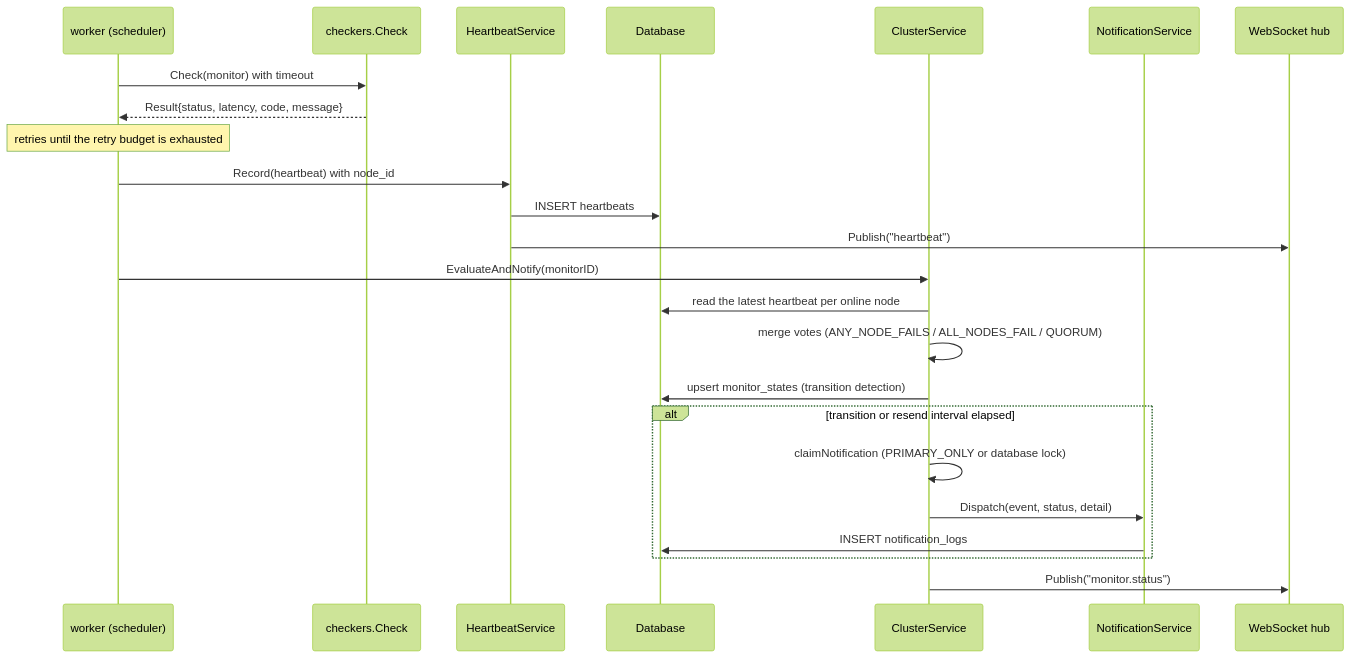
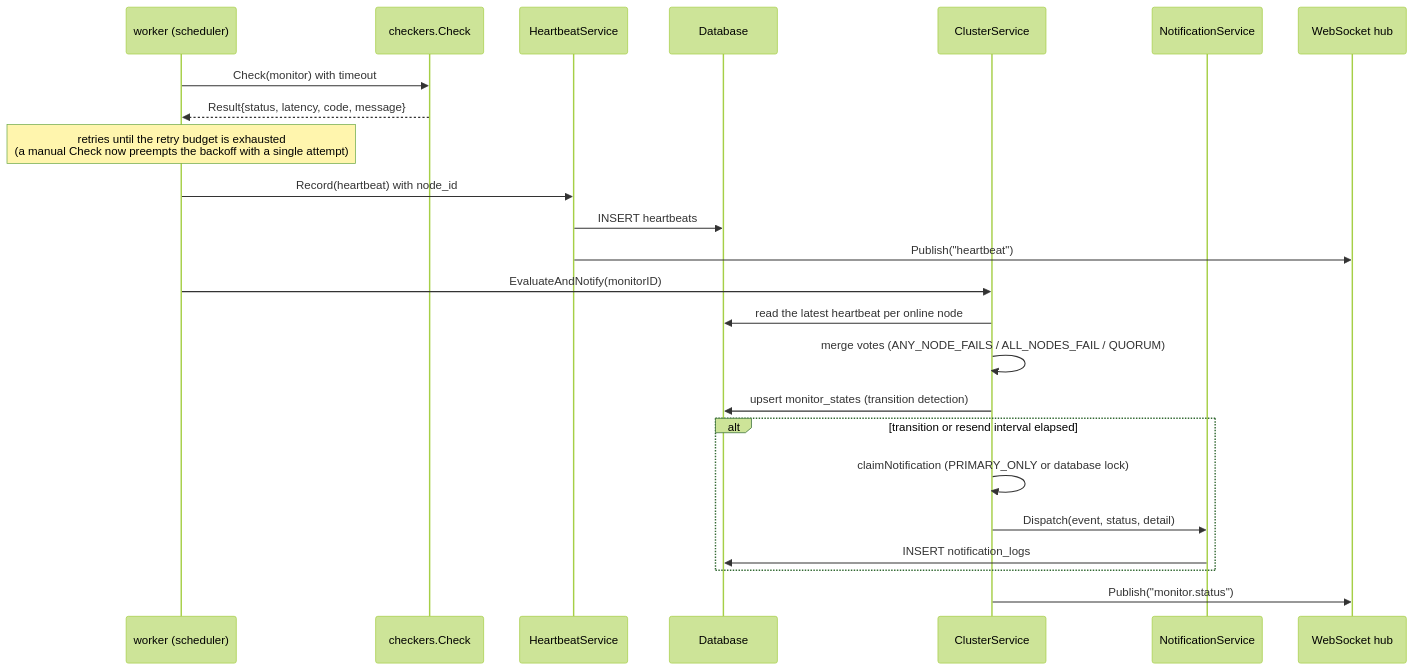
The third of 3 diagrams in docs/architecture.md (ivancarlosti/up), drawn with Mermaid (forest theme) before and after one commit. The commit also changed 7 other files, not shown here.

````diff
--- a/docs/architecture.md
+++ b/docs/architecture.md
@@ -159,27 +159,27 @@
 ```mermaid
 sequenceDiagram
     participant W as worker (scheduler)
     participant CK as checkers.Check
     participant HB as HeartbeatService
     participant DB as Database
     participant CL as ClusterService
     participant NT as NotificationService
     participant WS as WebSocket hub
 
     W->>CK: Check(monitor) with timeout
     CK-->>W: Result{status, latency, code, message}
-    Note over W: retries until the retry budget is exhausted
+    Note over W: retries until the retry budget is exhausted<br/>(a manual Check now preempts the backoff with a single attempt)
     W->>HB: Record(heartbeat) with node_id
     HB->>DB: INSERT heartbeats
     HB->>WS: Publish("heartbeat")
     W->>CL: EvaluateAndNotify(monitorID)
     CL->>DB: read the latest heartbeat per online node
     CL->>CL: merge votes (ANY_NODE_FAILS / ALL_NODES_FAIL / QUORUM)
     CL->>DB: upsert monitor_states (transition detection)
     alt transition or resend interval elapsed
       CL->>CL: claimNotification (PRIMARY_ONLY or database lock)
       CL->>NT: Dispatch(event, status, detail)
       NT->>DB: INSERT notification_logs
     end
     CL->>WS: Publish("monitor.status")
 ```
````
